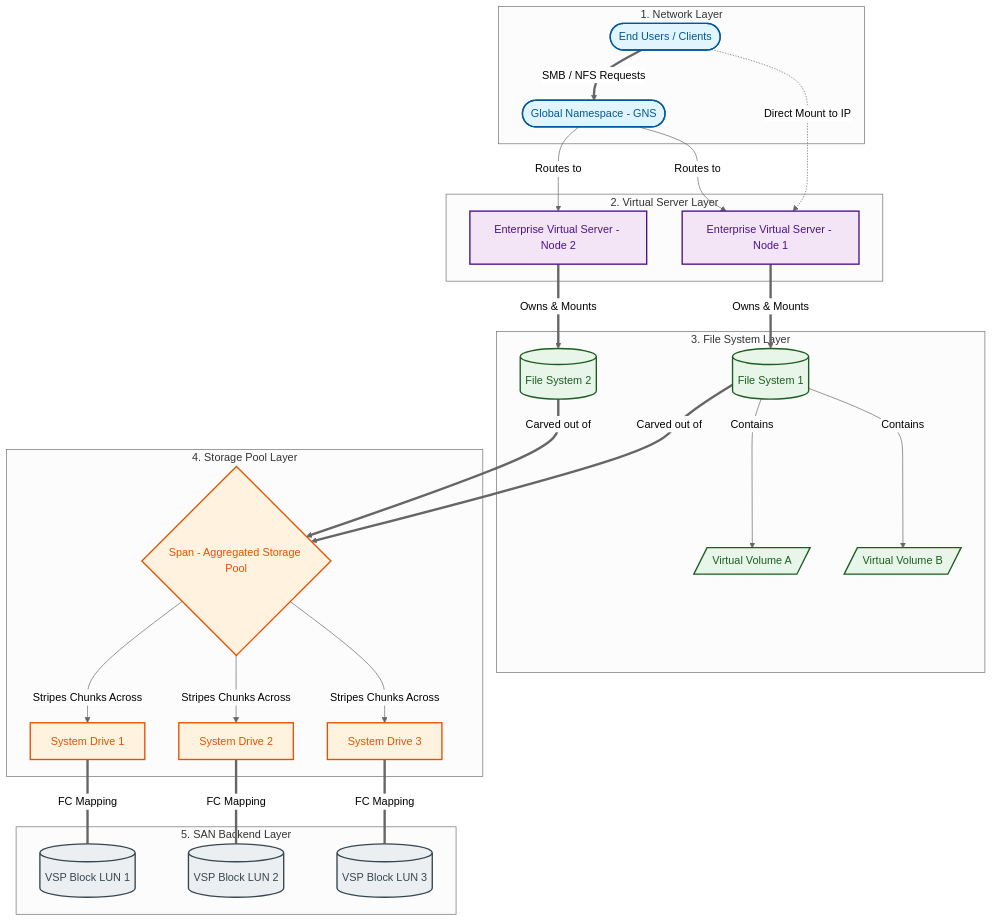
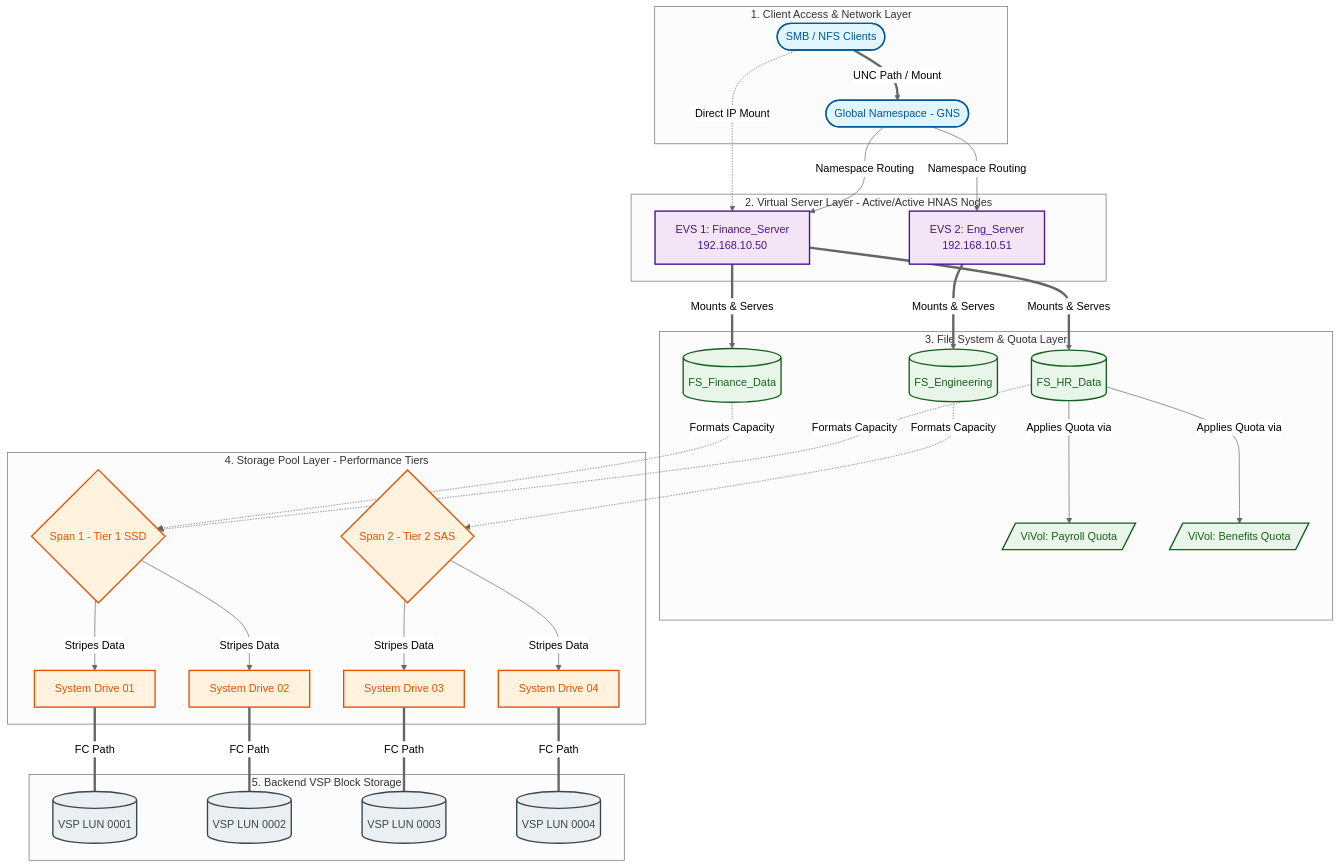
One commit to sulthansharief-ks/SAN-NAS_Central changed the diagram in HNAS/architecture.md. Above: the diagram before and after it, drawn with Mermaid (neutral theme).

````diff
--- a/HNAS/architecture.md
+++ b/HNAS/architecture.md
@@ -8,63 +8,73 @@
 ```mermaid
 graph TD
     %% Styling Definitions
+    classDef backend fill:#eceff1,stroke:#37474f,stroke-width:2px,color:#37474f
+    classDef pool fill:#fff3e0,stroke:#e65100,stroke-width:2px,color:#e65100
+    classDef logical fill:#e8f5e9,stroke:#1b5e20,stroke-width:2px,color:#1b5e20
+    classDef server fill:#f3e5f5,stroke:#4a148c,stroke-width:2px,color:#4a148c
     classDef network fill:#e1f5fe,stroke:#01579b,stroke-width:2px,color:#01579b
-    classDef virtual fill:#f3e5f5,stroke:#4a148c,stroke-width:2px,color:#4a148c
-    classDef logical fill:#e8f5e9,stroke:#1b5e20,stroke-width:2px,color:#1b5e20
-    classDef physical fill:#fff3e0,stroke:#e65100,stroke-width:2px,color:#e65100
-    classDef backend fill:#eceff1,stroke:#37474f,stroke-width:2px,color:#37474f
 
-    subgraph Network_Layer [1. Network Layer]
-        Users([End Users / Clients]):::network
+    subgraph Network_Layer [1. Client Access & Network Layer]
+        Clients([SMB / NFS Clients]):::network
         GNS([Global Namespace - GNS]):::network
     end
 
-    subgraph Server_Layer [2. Virtual Server Layer]
-        EVS1[Enterprise Virtual Server - Node 1]:::virtual
-        EVS2[Enterprise Virtual Server - Node 2]:::virtual
+    subgraph Server_Layer [2. Virtual Server Layer - Active/Active HNAS Nodes]
+        EVS1[EVS 1: Finance_Server <br> 192.168.10.50]:::server
+        EVS2[EVS 2: Eng_Server <br> 192.168.10.51]:::server
     end
 
-    subgraph FS_Layer [3. File System Layer]
-        FS1[(File System 1)]:::logical
-        FS2[(File System 2)]:::logical
-        ViVol1[/Virtual Volume A/]:::logical
-        ViVol2[/Virtual Volume B/]:::logical
+    subgraph FS_Layer [3. File System & Quota Layer]
+        FS1[(FS_Finance_Data)]:::logical
+        FS2[(FS_HR_Data)]:::logical
+        FS3[(FS_Engineering)]:::logical
+        
+        VV1[/ViVol: Payroll Quota/]:::logical
+        VV2[/ViVol: Benefits Quota/]:::logical
     end
 
-    subgraph Pool_Layer [4. Storage Pool Layer]
-        Span{Span - Aggregated Storage Pool}:::physical
-        SD1[System Drive 1]:::physical
-        SD2[System Drive 2]:::physical
-        SD3[System Drive 3]:::physical
+    subgraph Pool_Layer [4. Storage Pool Layer - Performance Tiers]
+        Span1{Span 1 - Tier 1 SSD}:::pool
+        Span2{Span 2 - Tier 2 SAS}:::pool
+        
+        SD1[System Drive 01]:::pool
+        SD2[System Drive 02]:::pool
+        SD3[System Drive 03]:::pool
+        SD4[System Drive 04]:::pool
     end
 
-    subgraph SAN_Layer [5. SAN Backend Layer]
-        LUN1[(VSP Block LUN 1)]:::backend
-        LUN2[(VSP Block LUN 2)]:::backend
-        LUN3[(VSP Block LUN 3)]:::backend
+    subgraph SAN_Layer [5. Backend VSP Block Storage]
+        LUN1[(VSP LUN 0001)]:::backend
+        LUN2[(VSP LUN 0002)]:::backend
+        LUN3[(VSP LUN 0003)]:::backend
+        LUN4[(VSP LUN 0004)]:::backend
     end
 
     %% Routing and Connections
-    Users ==>|SMB / NFS Requests| GNS
-    Users -.->|Direct Mount to IP| EVS1
+    Clients ==>|UNC Path / Mount| GNS
+    Clients -.->|Direct IP Mount| EVS1
     
-    GNS -->|Routes to| EVS1
-    GNS -->|Routes to| EVS2
+    GNS -->|Namespace Routing| EVS1
+    GNS -->|Namespace Routing| EVS2
 
-    EVS1 ==>|Owns & Mounts| FS1
-    EVS2 ==>|Owns & Mounts| FS2
+    EVS1 ==>|Mounts & Serves| FS1
+    EVS1 ==>|Mounts & Serves| FS2
+    EVS2 ==>|Mounts & Serves| FS3
 
-    FS1 -->|Contains| ViVol1
-    FS1 -->|Contains| ViVol2
+    FS2 -->|Applies Quota via| VV1
+    FS2 -->|Applies Quota via| VV2
 
-    FS1 ==>|Carved out of| Span
-    FS2 ==>|Carved out of| Span
+    FS1 -.->|Formats Capacity| Span1
+    FS2 -.->|Formats Capacity| Span1
+    FS3 -.->|Formats Capacity| Span2
 
-    Span -->|Stripes Chunks Across| SD1
-    Span -->|Stripes Chunks Across| SD2
-    Span -->|Stripes Chunks Across| SD3
+    Span1 -->|Stripes Data| SD1
+    Span1 -->|Stripes Data| SD2
+    Span2 -->|Stripes Data| SD3
+    Span2 -->|Stripes Data| SD4
 
-    SD1 ===|FC Mapping| LUN1
-    SD2 ===|FC Mapping| LUN2
-    SD3 ===|FC Mapping| LUN3
+    SD1 ===|FC Path| LUN1
+    SD2 ===|FC Path| LUN2
+    SD3 ===|FC Path| LUN3
+    SD4 ===|FC Path| LUN4
 ```
````
